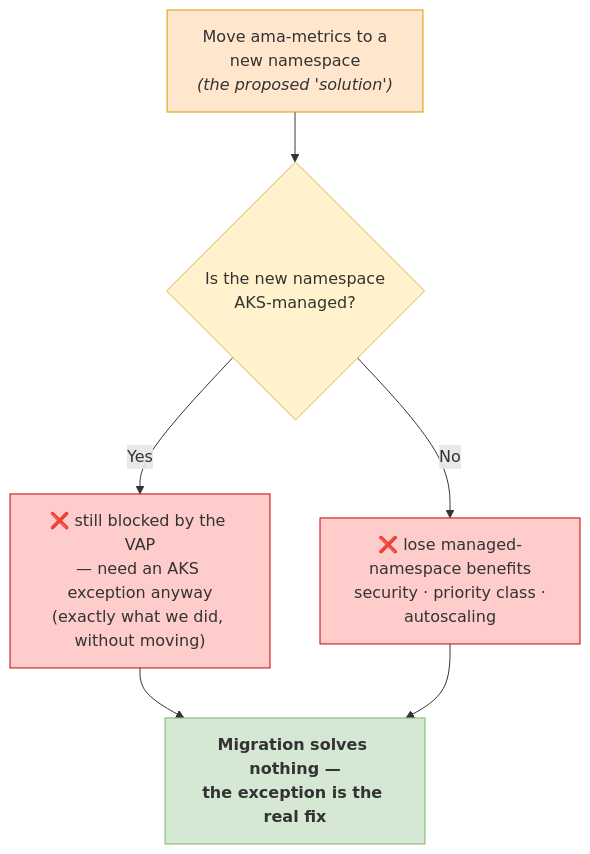
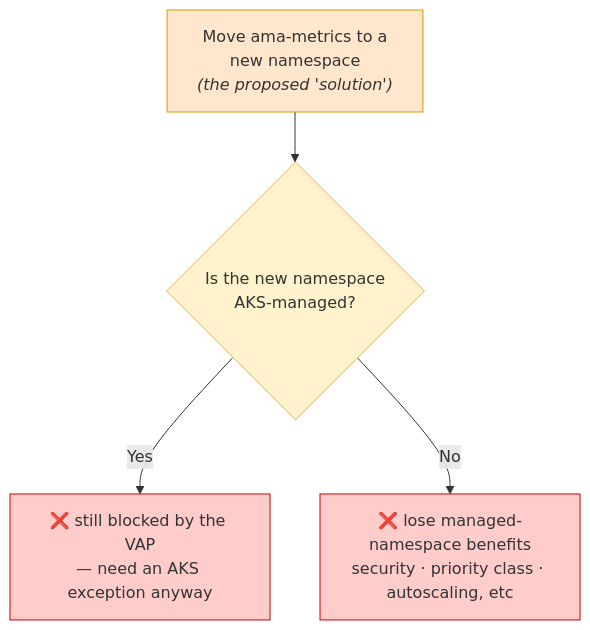
Before and after one commit to Azure/prometheus-collector: the seventh of 12 diagrams in custom-ns/doc/automatic-investigation/aks-vap-demo-diagrams.md, drawn with Mermaid. The commit also changed other lines of this file, not shown here.

First line of the commit message:
docs(custom-ns): tighten section 3 and bonus; simplify Part 3 dead-end diagram

````diff
--- a/custom-ns/doc/automatic-investigation/aks-vap-demo-diagrams.md
+++ b/custom-ns/doc/automatic-investigation/aks-vap-demo-diagrams.md
@@ -163,14 +158,11 @@
 ```mermaid
 flowchart TD
     M["Move ama-metrics to a<br/>new namespace<br/><i>(the proposed 'solution')</i>"] --> Q{"Is the new namespace<br/>AKS-managed?"}
-    Q -->|"Yes"| A["❌ still blocked by the VAP<br/>— need an AKS exception anyway<br/>(exactly what we did, without moving)"]
-    Q -->|"No"| B["❌ lose managed-namespace benefits<br/>security · priority class ·<br/>autoscaling"]
-    A --> C["<b>Migration solves nothing —<br/>the exception is the real fix</b>"]
-    B --> C
+    Q -->|"Yes"| A["❌ still blocked by the VAP<br/>— need an AKS exception anyway"]
+    Q -->|"No"| B["❌ lose managed-namespace benefits<br/>security · priority class · autoscaling, etc"]
 
     style M fill:#ffe6cc,stroke:#d79b00
     style Q fill:#fff2cc,stroke:#d6b656
     style A fill:#ffcccc,stroke:#c00
     style B fill:#ffcccc,stroke:#c00
-    style C fill:#d5e8d4,stroke:#82b366
 ```
````
